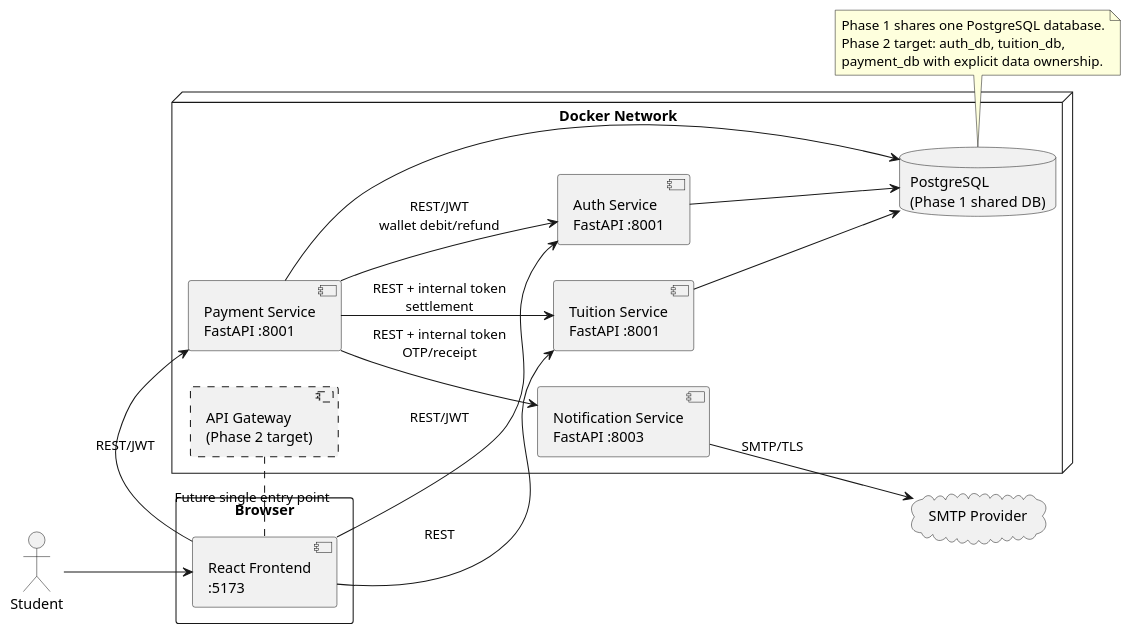
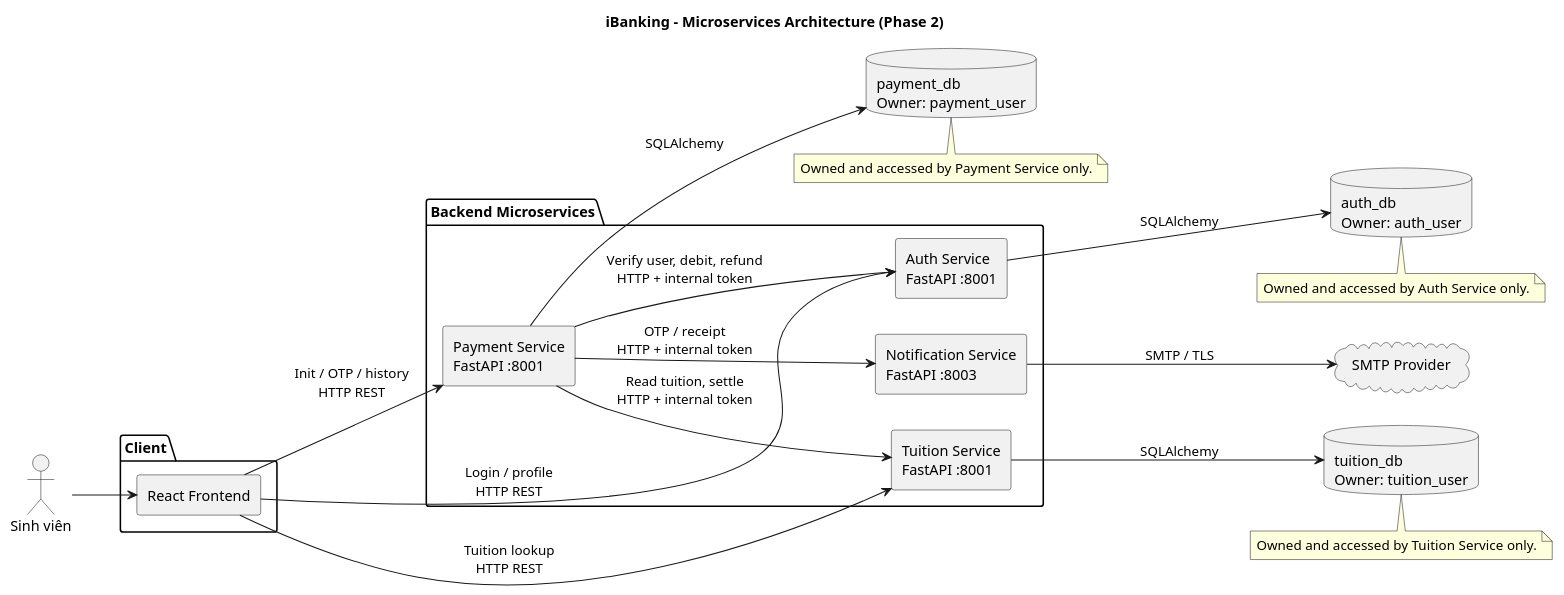
Before and after one commit to LeKhang191/IBankingApp: the diagram in docs/microservices-architecture.puml, drawn with PlantUML. The commit also changed 15 other files, not shown here.

```diff
--- a/docs/microservices-architecture.puml
+++ b/docs/microservices-architecture.puml
@@ -1,33 +1,45 @@
 @startuml
-left to right direction
-actor "Student" as student
-rectangle "Browser" {
-  component "React Frontend\n:5173" as FE
-}
-node "Docker Network" {
-  component "API Gateway\n(Phase 2 target)" as GW #line.dashed
-  component "Auth Service\nFastAPI :8001" as AUTH
-  component "Tuition Service\nFastAPI :8001" as TUITION
-  component "Payment Service\nFastAPI :8001" as PAYMENT
-  component "Notification Service\nFastAPI :8003" as NOTIFY
-  database "PostgreSQL\n(Phase 1 shared DB)" as DB
-}
-cloud "SMTP Provider" as SMTP
-student --> FE
-FE --> AUTH : REST/JWT
-FE --> TUITION : REST
-FE --> PAYMENT : REST/JWT
-PAYMENT --> AUTH : REST/JWT\nwallet debit/refund
-PAYMENT --> TUITION : REST + internal token\nsettlement
-PAYMENT --> NOTIFY : REST + internal token\nOTP/receipt
-NOTIFY --> SMTP : SMTP/TLS
-AUTH --> DB
-TUITION --> DB
-PAYMENT --> DB
-GW .. FE : Future single entry point
-note bottom of DB
-  Phase 1 shares one PostgreSQL database.
-  Phase 2 target: auth_db, tuition_db,
-  payment_db with explicit data ownership.
-end note
+ title iBanking - Microservices Architecture (Phase 2)
+ left to right direction
+ skinparam componentStyle rectangle
+
+ actor "Sinh viên" as Student
+
+ package "Client" {
+   [React Frontend] as FE
+ }
+
+ package "Backend Microservices" {
+   component "Auth Service\nFastAPI :8001" as Auth
+   component "Tuition Service\nFastAPI :8001" as Tuition
+   component "Payment Service\nFastAPI :8001" as Payment
+   component "Notification Service\nFastAPI :8003" as Notify
+ }
+
+ database "auth_db\nOwner: auth_user" as AuthDB
+ database "tuition_db\nOwner: tuition_user" as TuitionDB
+ database "payment_db\nOwner: payment_user" as PaymentDB
+ cloud "SMTP Provider" as SMTP
+
+ Student --> FE
+ FE --> Auth : Login / profile\nHTTP REST
+ FE --> Tuition : Tuition lookup\nHTTP REST
+ FE --> Payment : Init / OTP / history\nHTTP REST
+ Payment --> Auth : Verify user, debit, refund\nHTTP + internal token
+ Payment --> Tuition : Read tuition, settle\nHTTP + internal token
+ Payment --> Notify : OTP / receipt\nHTTP + internal token
+ Auth --> AuthDB : SQLAlchemy
+ Tuition --> TuitionDB : SQLAlchemy
+ Payment --> PaymentDB : SQLAlchemy
+ Notify --> SMTP : SMTP / TLS
+
+ note bottom of AuthDB
+   Owned and accessed by Auth Service only.
+ end note
+ note bottom of TuitionDB
+   Owned and accessed by Tuition Service only.
+ end note
+ note bottom of PaymentDB
+   Owned and accessed by Payment Service only.
+ end note
 @enduml
```
